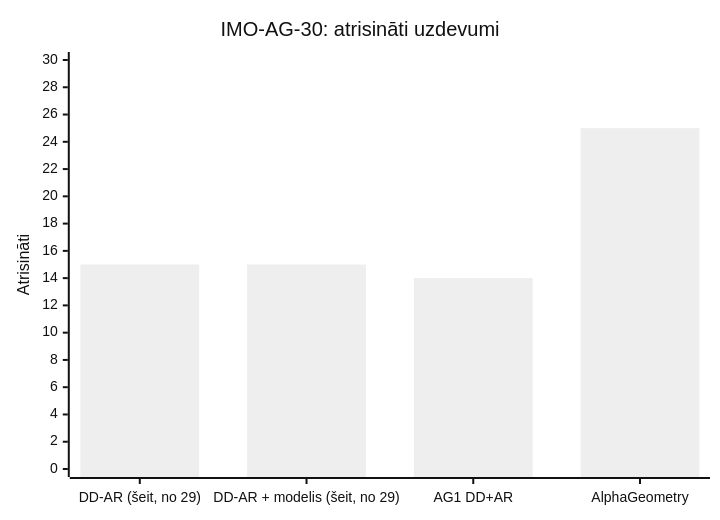
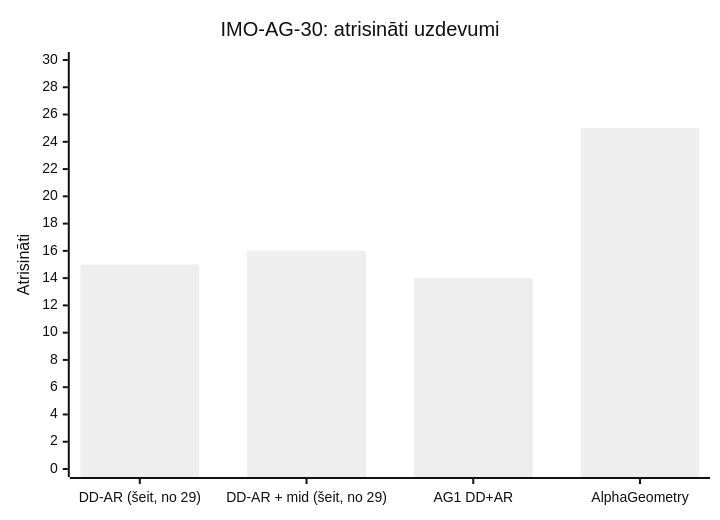
The second of 5 diagrams in docs/rezultati.md (Sweeeeeeeee/zpd), drawn with Mermaid (neutral theme) before and after one commit. The commit also changed other lines of this file and 27 other files, not shown here.

````diff
--- a/docs/rezultati.md
+++ b/docs/rezultati.md
@@ -29,7 +30,7 @@
 ```mermaid
 xychart-beta
     title "IMO-AG-30: atrisināti uzdevumi"
-    x-axis ["DD-AR (šeit, no 29)", "DD-AR + modelis (šeit, no 29)", "AG1 DD+AR", "AlphaGeometry"]
+    x-axis ["DD-AR (šeit, no 29)", "DD-AR + mid (šeit, no 29)", "AG1 DD+AR", "AlphaGeometry"]
     y-axis "Atrisināti" 0 --> 30
-    bar [15, 15, 14, 25]
+    bar [15, 16, 14, 25]
 ```
````
